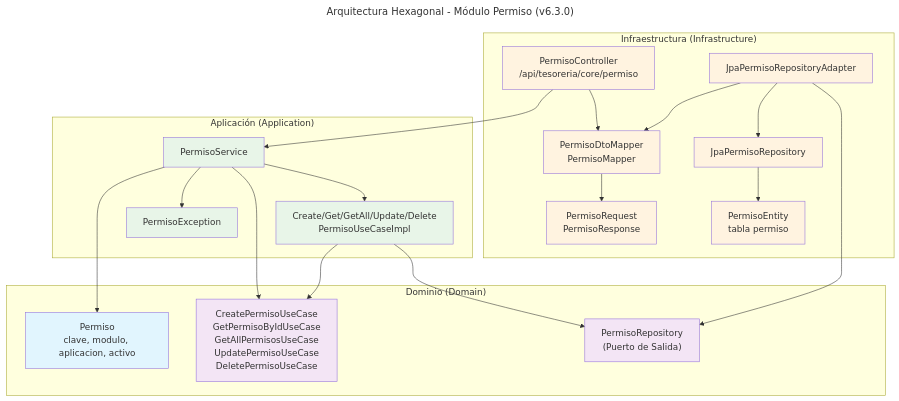
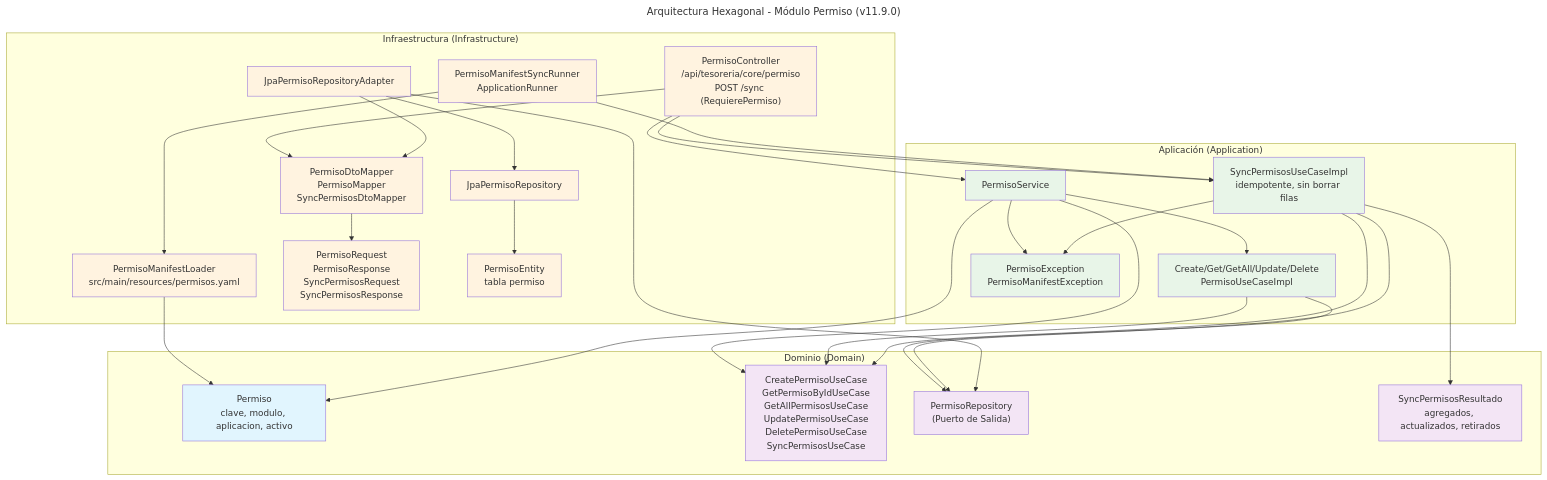
Before and after one commit to UM-services/UM.tesoreria.core-service: the diagram in docs/hexagonal-permiso.mmd, drawn with Mermaid. The commit also changed 17 other files, not shown here.

First line of the commit message:
feat(usuarios/permiso): manifiesto de permisos

```diff
--- a/docs/hexagonal-permiso.mmd
+++ b/docs/hexagonal-permiso.mmd
@@ -1,51 +1,67 @@
 ---
-title: Arquitectura Hexagonal - Módulo Permiso (v6.3.0)
+title: Arquitectura Hexagonal - Módulo Permiso (v11.9.0)
 ---
 flowchart TD
     subgraph Dominio ["Dominio (Domain)"]
         M["Permiso<br/>clave, modulo, aplicacion, activo"]
-        IN["CreatePermisoUseCase<br/>GetPermisoByIdUseCase<br/>GetAllPermisosUseCase<br/>UpdatePermisoUseCase<br/>DeletePermisoUseCase"]
+        IN["CreatePermisoUseCase<br/>GetPermisoByIdUseCase<br/>GetAllPermisosUseCase<br/>UpdatePermisoUseCase<br/>DeletePermisoUseCase<br/>SyncPermisosUseCase"]
         OUT["PermisoRepository<br/>(Puerto de Salida)"]
+        RES["SyncPermisosResultado<br/>agregados, actualizados, retirados"]
     end
 
     subgraph Aplicacion ["Aplicación (Application)"]
         Svc["PermisoService"]
         UCs["Create/Get/GetAll/Update/Delete<br/>PermisoUseCaseImpl"]
-        Exc["PermisoException"]
+        Sync["SyncPermisosUseCaseImpl<br/>idempotente, sin borrar filas"]
+        Exc["PermisoException<br/>PermisoManifestException"]
     end
 
     subgraph Infraestructura ["Infraestructura (Infrastructure)"]
-        Ctrl["PermisoController<br/>/api/tesoreria/core/permiso"]
-        DTO["PermisoRequest<br/>PermisoResponse"]
-        Map["PermisoDtoMapper<br/>PermisoMapper"]
+        Ctrl["PermisoController<br/>/api/tesoreria/core/permiso<br/>POST /sync (RequierePermiso)"]
+        Manifest["PermisoManifestLoader<br/>src/main/resources/permisos.yaml"]
+        Runner["PermisoManifestSyncRunner<br/>ApplicationRunner"]
+        DTO["PermisoRequest<br/>PermisoResponse<br/>SyncPermisosRequest<br/>SyncPermisosResponse"]
+        Map["PermisoDtoMapper<br/>PermisoMapper<br/>SyncPermisosDtoMapper"]
         Adp["JpaPermisoRepositoryAdapter"]
         Ent["PermisoEntity<br/>tabla permiso"]
         Jpa["JpaPermisoRepository"]
     end
 
     Ctrl --> Svc
+    Ctrl --> Sync
     Ctrl --> Map
     Map --> DTO
     Svc --> IN
     Svc --> UCs
     Svc --> Exc
     UCs --> IN
     UCs --> OUT
+    Sync --> IN
+    Sync --> OUT
+    Sync --> RES
+    Sync --> Exc
+    Runner --> Manifest
+    Runner --> Sync
+    Manifest --> M
     Adp --> OUT
     Adp --> Map
     Adp --> Jpa
     Jpa --> Ent
     Svc --> M
 
     style M fill:#e1f5fe
     style IN fill:#f3e5f5
     style OUT fill:#f3e5f5
+    style RES fill:#f3e5f5
     style Svc fill:#e8f5e8
     style UCs fill:#e8f5e8
+    style Sync fill:#e8f5e8
     style Exc fill:#e8f5e8
     style Ctrl fill:#fff3e0
+    style Manifest fill:#fff3e0
+    style Runner fill:#fff3e0
     style DTO fill:#fff3e0
     style Map fill:#fff3e0
     style Adp fill:#fff3e0
     style Ent fill:#fff3e0
     style Jpa fill:#fff3e0
```
